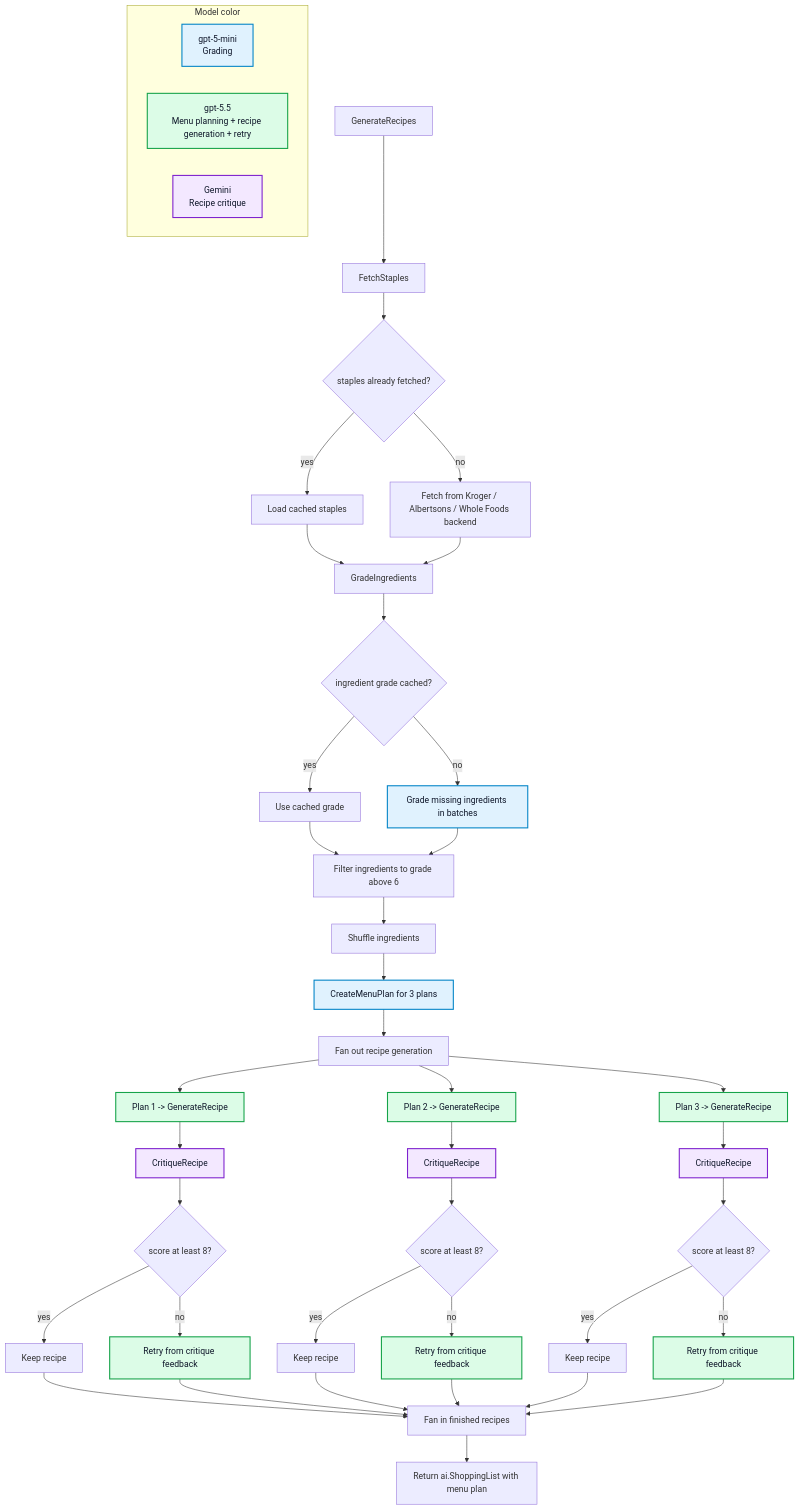
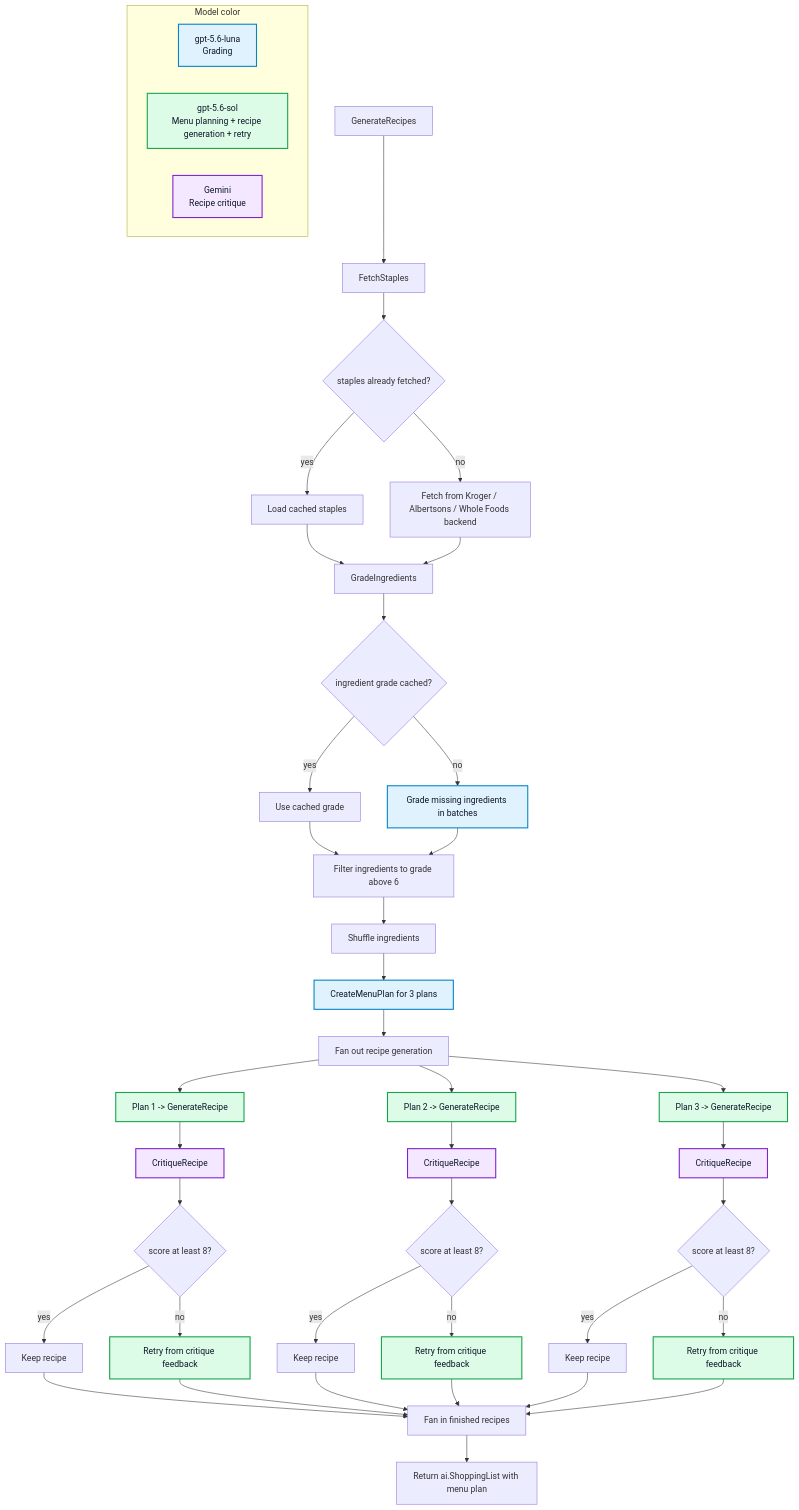
One commit to paulgmiller/careme changed the diagram in docs/recipe-generation-walkthrough.md. Above: the diagram before and after it, drawn with Mermaid. The commit also changed other lines of this file and 12 other files, not shown here.

````diff
--- a/docs/recipe-generation-walkthrough.md
+++ b/docs/recipe-generation-walkthrough.md
@@ -7,62 +7,62 @@
 ```mermaid
 flowchart TD
     subgraph Legend["Model color"]
-        MiniLegend["gpt-5-mini<br/>Grading"]
-        GPT5Legend["gpt-5.5<br/>Menu planning + recipe generation + retry"]
+        MiniLegend["gpt-5.6-luna<br/>Grading"]
+        GPT5Legend["gpt-5.6-sol<br/>Menu planning + recipe generation + retry"]
         GeminiLegend["Gemini<br/>Recipe critique"]
     end
 
     A["GenerateRecipes"] --> B["FetchStaples"]
     B --> C{"staples already fetched?"}
     C -- "yes" --> D["Load cached staples"]
     C -- "no" --> E["Fetch from Kroger / Albertsons / Whole Foods backend"]
     E --> G["GradeIngredients"]
     D --> G
 
     G --> H{"ingredient grade cached?"}
     H -- "yes" --> I["Use cached grade"]
     H -- "no" --> J["Grade missing ingredients in batches"]
     I --> L["Filter ingredients to grade above 6"]
     J --> L
 
     L --> M["Shuffle ingredients"]
     M --> N["CreateMenuPlan for 3 plans"]
     N --> O["Fan out recipe generation"]
 
     O --> P1["Plan 1 -> GenerateRecipe"]
     O --> P2["Plan 2 -> GenerateRecipe"]
     O --> P3["Plan 3 -> GenerateRecipe"]
 
     P1 --> R1["CritiqueRecipe"]
     P2 --> R2["CritiqueRecipe"]
     P3 --> R3["CritiqueRecipe"]
 
     R1 --> S1{"score at least 8?"}
     R2 --> S2{"score at least 8?"}
     R3 --> S3{"score at least 8?"}
 
     S1 -- "yes" --> T1["Keep recipe"]
     S2 -- "yes" --> T2["Keep recipe"]
     S3 -- "yes" --> T3["Keep recipe"]
 
     S1 -- "no" --> U1["Retry from critique feedback"]
     S2 -- "no" --> U2["Retry from critique feedback"]
     S3 -- "no" --> U3["Retry from critique feedback"]
 
     T1 --> W["Fan in finished recipes"]
     T2 --> W
     T3 --> W
     U1 --> W
     U2 --> W
     U3 --> W
 
     W --> X["Return ai.ShoppingList with menu plan"]
 
     classDef mini fill:#e0f2fe,stroke:#0284c7,color:#0f172a,stroke-width:2px
     classDef gpt5 fill:#dcfce7,stroke:#16a34a,color:#0f172a,stroke-width:2px
     classDef gemini fill:#f3e8ff,stroke:#7e22ce,color:#0f172a,stroke-width:2px
 
     class MiniLegend,J,N mini
     class GPT5Legend,P1,P2,P3,U1,U2,U3 gpt5
     class GeminiLegend,R1,R2,R3 gemini
 ```
````
